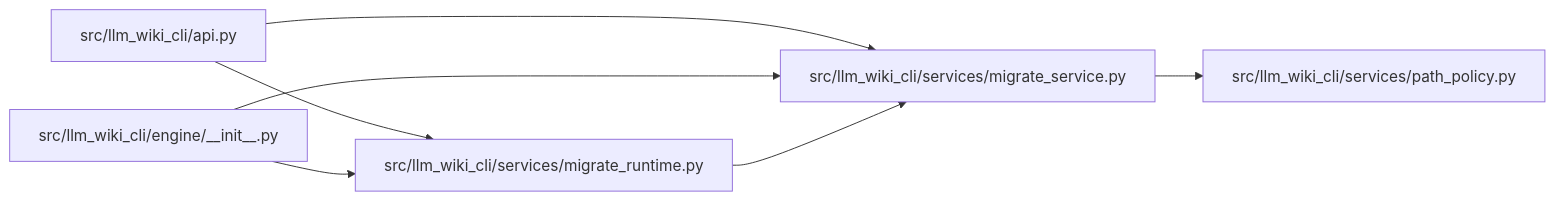
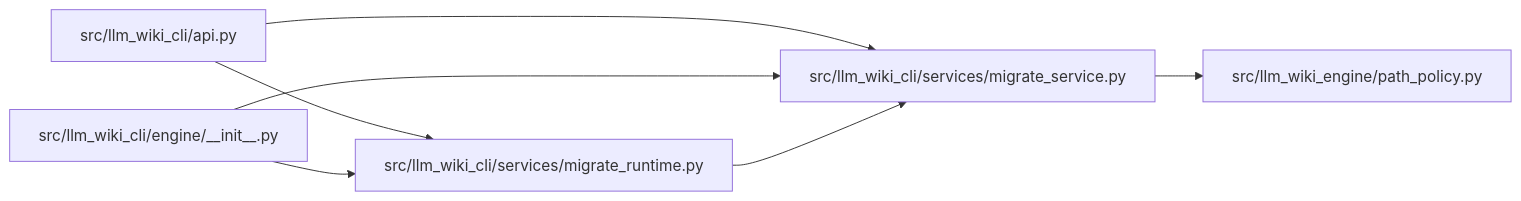
Before and after one commit to Denissvgn/python-wiki-llm: the diagram in docs/llm_wiki/modules/migrate_service.md, drawn with Mermaid. The commit also changed other lines of this file and 739 other files, not shown here.

First line of the commit message:
docs: refresh the wiki for the second engine batch

````diff
--- a/docs/llm_wiki/modules/migrate_service.md
+++ b/docs/llm_wiki/modules/migrate_service.md
@@ -25,19 +25,19 @@
 ```mermaid
 flowchart LR
     n0["src/llm_wiki_cli/api.py"]
     n1["src/llm_wiki_cli/engine/__init__.py"]
     n2["src/llm_wiki_cli/services/migrate_runtime.py"]
     n3["src/llm_wiki_cli/services/migrate_service.py"]
-    n4["src/llm_wiki_cli/services/path_policy.py"]
+    n4["src/llm_wiki_engine/path_policy.py"]
     n0 --> n2
     n0 --> n3
     n1 --> n2
     n1 --> n3
     n2 --> n3
     n3 --> n4
     click n0 "../modules/api.md"
     click n1 "../modules/engine___init__.md"
     click n2 "../modules/migrate_runtime.md"
     click n3 "../modules/migrate_service.md"
     click n4 "../modules/path_policy.md"
 ```
````
